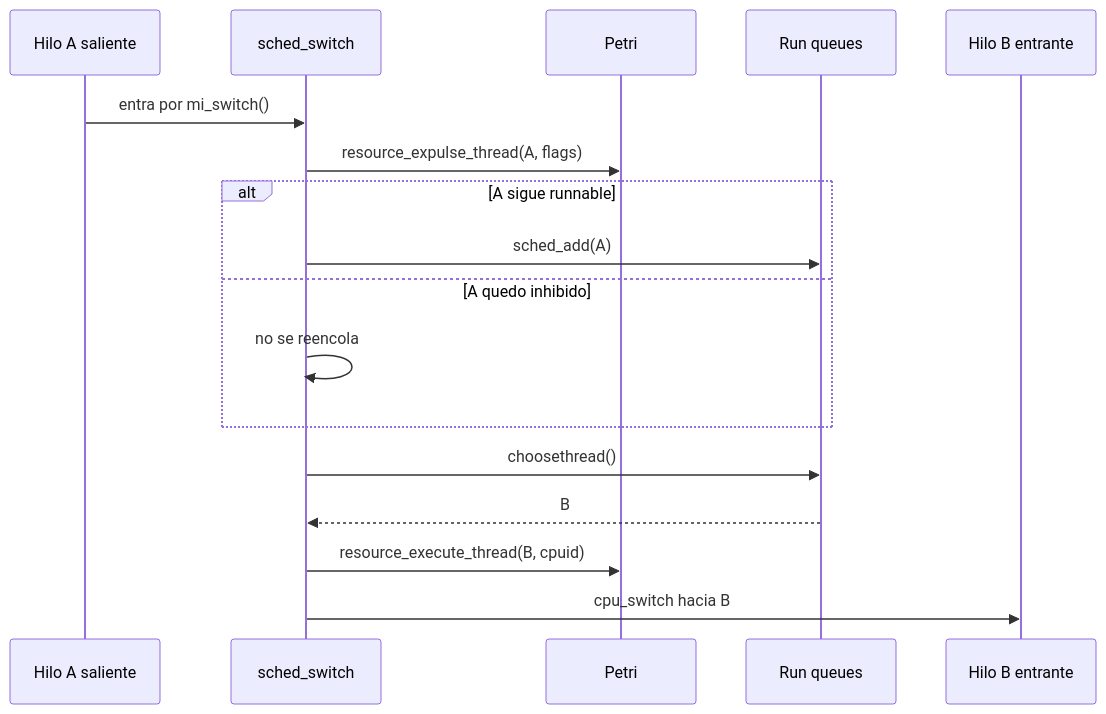
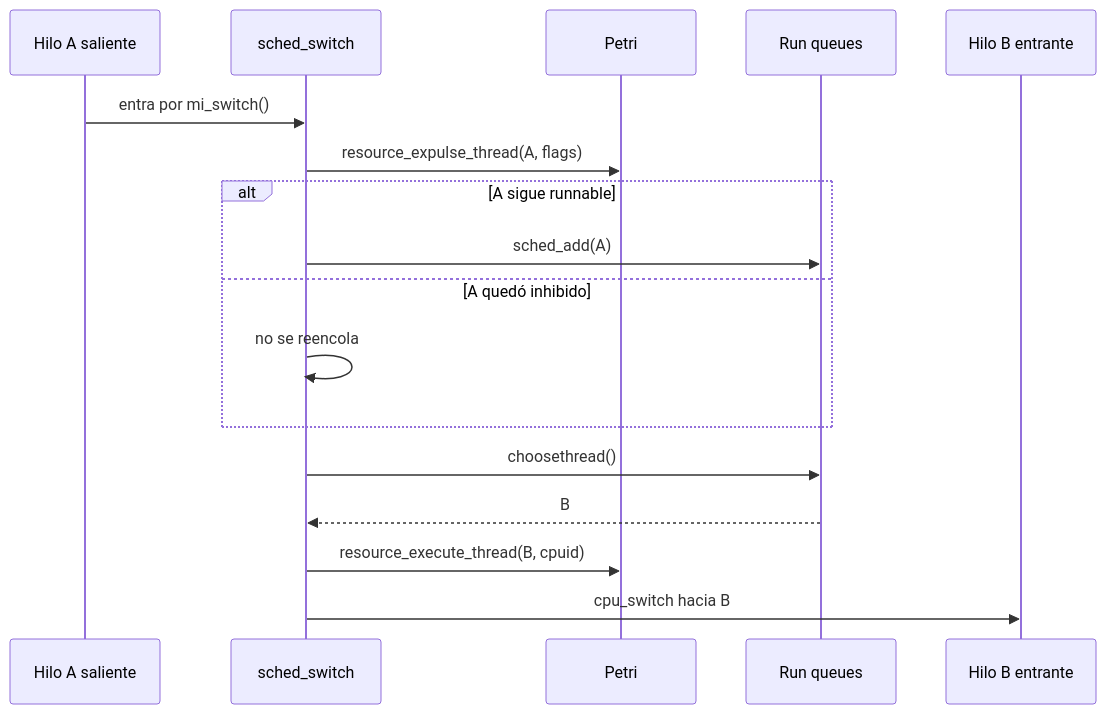
The sixth of 8 diagrams in project_files/migration_files/port-main/00-scheduler.md (drudilea/free-bsd-scheduler), drawn with Mermaid before and after one commit. The commit also changed other lines of this file and 7 other files, not shown here.

````diff
--- a/project_files/migration_files/port-main/00-scheduler.md
+++ b/project_files/migration_files/port-main/00-scheduler.md
@@ -376,20 +376,20 @@
 ```mermaid
 sequenceDiagram
     participant A as Hilo A saliente
     participant S as sched_switch
     participant P as Petri
     participant Q as Run queues
     participant B as Hilo B entrante
 
     A->>S: entra por mi_switch()
     S->>P: resource_expulse_thread(A, flags)
     alt A sigue runnable
         S->>Q: sched_add(A)
-    else A quedo inhibido
+    else A quedó inhibido
         S->>S: no se reencola
     end
     S->>Q: choosethread()
     Q-->>S: B
     S->>P: resource_execute_thread(B, cpuid)
     S->>B: cpu_switch hacia B
 ```
````
